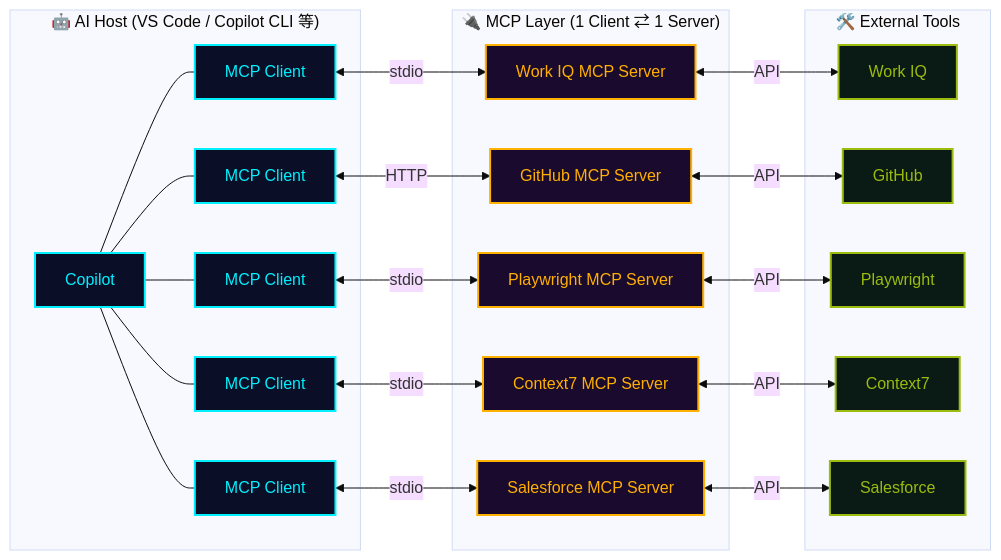
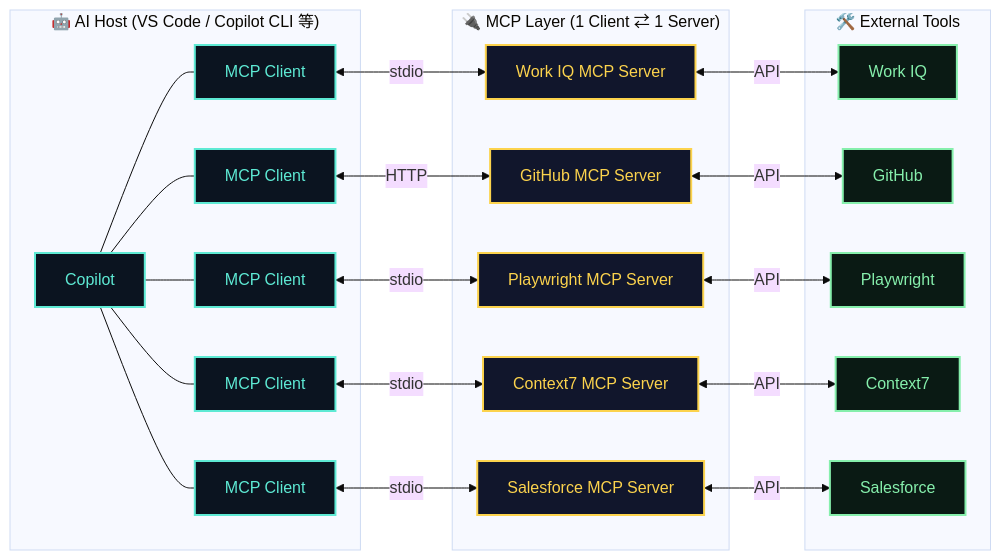
One commit to theomonfort/theomonfort changed the diagram in src/content/playbook/ja/mcp.md. Above: the diagram before and after it, drawn with Mermaid (base theme). The commit also changed other lines of this file and 607 other files, not shown here.

````diff
--- a/src/content/playbook/ja/mcp.md
+++ b/src/content/playbook/ja/mcp.md
@@ -66,47 +66,47 @@
 ```mermaid
 flowchart LR
   subgraph Host["🤖 AI Host (VS Code / Copilot CLI 等)"]
     APP[Copilot]
     CL1[MCP Client]
     CL2[MCP Client]
     CL3[MCP Client]
     CL4[MCP Client]
     CL5[MCP Client]
   end
   subgraph MCP["🔌 MCP Layer (1 Client ⇄ 1 Server)"]
     SLs[Work IQ MCP Server]
     JRs[GitHub MCP Server]
     FSs[Playwright MCP Server]
     PWs[Context7 MCP Server]
     APIs[Salesforce MCP Server]
   end
   subgraph Tools["🛠️ External Tools"]
     SL[Work IQ]
     JR[GitHub]
     FS[Playwright]
     PW[Context7]
     API[Salesforce]
   end
   APP --- CL1
   APP --- CL2
   APP --- CL3
   APP --- CL4
   APP --- CL5
   CL1 <-->|stdio| SLs
   CL2 <-->|HTTP| JRs
   CL3 <-->|stdio| FSs
   CL4 <-->|stdio| PWs
   CL5 <-->|stdio| APIs
   SLs <-->|API| SL
   JRs <-->|API| JR
   FSs <-->|API| FS
   PWs <-->|API| PW
   APIs <-->|API| API
 
-  classDef host fill:#0a0e27,stroke:#00f0ff,color:#00f0ff,stroke-width:2px
-  classDef proto fill:#1a0a2e,stroke:#ffb000,color:#ffb000,stroke-width:2px
-  classDef tool fill:#0a1a14,stroke:#9bbc0f,color:#9bbc0f,stroke-width:2px
+  classDef host fill:#0b1420,stroke:#5eead4,color:#5eead4,stroke-width:2px
+  classDef proto fill:#11162c,stroke:#fcd34d,color:#fcd34d,stroke-width:2px
+  classDef tool fill:#0a1a14,stroke:#86efac,color:#86efac,stroke-width:2px
   class APP,CL1,CL2,CL3,CL4,CL5 host
   class SLs,JRs,FSs,PWs,APIs proto
   class SL,JR,FS,PW,API tool
 ```
````
